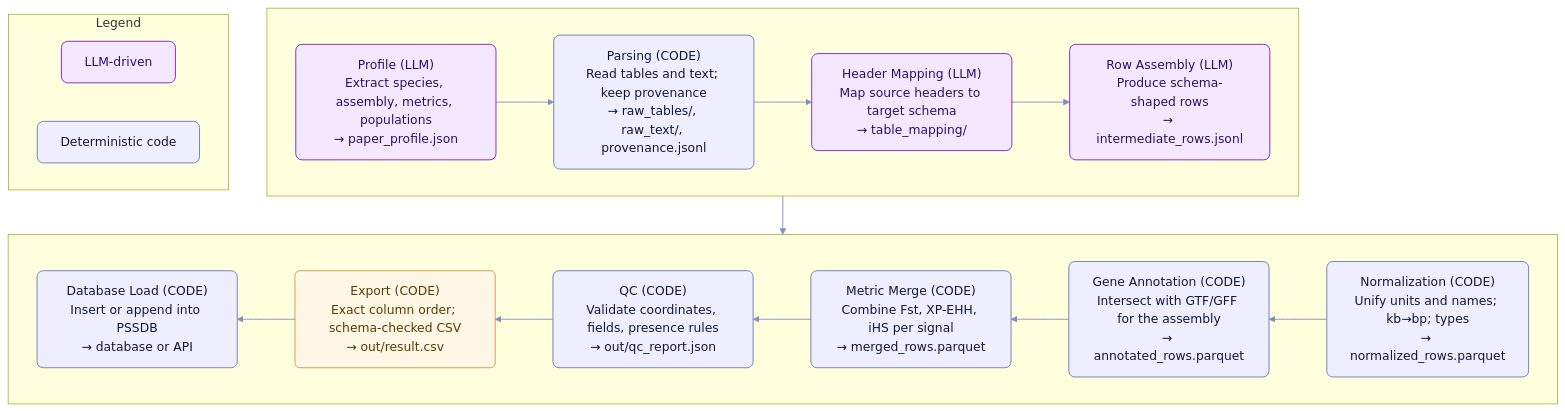
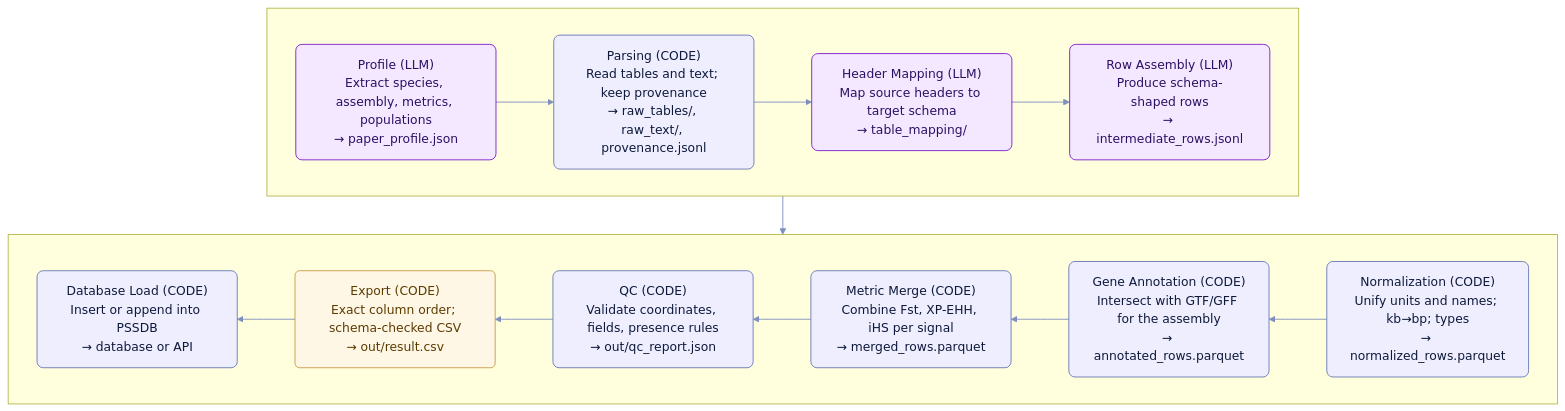
The diagram in README.md (avelurin/phhackathon_almaty), drawn with Mermaid before and after one commit.

````diff
--- a/README.md
+++ b/README.md
@@ -6,39 +6,34 @@
 ```mermaid
 flowchart TB
   %% Styles
   classDef llm fill:#f3e8ff,stroke:#7e22ce,stroke-width:1.2px,rx:8,ry:8,color:#2e1065;
   classDef code fill:#eef,stroke:#6b7bb6,stroke-width:1.2px,rx:8,ry:8,color:#0f1a3b;
   classDef out fill:#fff7e6,stroke:#c08a2d,rx:6,ry:6,color:#5c3b00;
   linkStyle default stroke:#7f8fbf,stroke-width:1.2px
 
   %% Top row (left → right)
   subgraph TOP[ ]
     direction LR
     A["Profile (LLM)<br/>Extract species, assembly, metrics, populations<br/>→ paper_profile.json"]:::llm
     B["Parsing (CODE)<br/>Read tables and text; keep provenance<br/>→ raw_tables/, raw_text/, provenance.jsonl"]:::code
     C["Header Mapping (LLM)<br/>Map source headers to target schema<br/>→ table_mapping/"]:::llm
     D["Row Assembly (LLM)<br/>Produce schema-shaped rows<br/>→ intermediate_rows.jsonl"]:::llm
   end
 
   %% Bottom row (right → left)
   subgraph BOTTOM[ ]
     direction RL
     E["Normalization (CODE)<br/>Unify units and names; kb→bp; types<br/>→ normalized_rows.parquet"]:::code
     F["Gene Annotation (CODE)<br/>Intersect with GTF/GFF for the assembly<br/>→ annotated_rows.parquet"]:::code
     G["Metric Merge (CODE)<br/>Combine Fst, XP-EHH, iHS per signal<br/>→ merged_rows.parquet"]:::code
     H["QC (CODE)<br/>Validate coordinates, fields, presence rules<br/>→ out/qc_report.json"]:::code
     I["Export (CODE)<br/>Exact column order; schema-checked CSV<br/>→ out/result.csv"]:::out
     J["Database Load (CODE)<br/>Insert or append into PSSDB<br/>→ database or API"]:::code
   end
 
   %% Flow connections forming an S
   A --> B --> C --> D --> E
   E --> F --> G --> H --> I --> J
 
-  %% Legend
-  subgraph LEGEND[Legend]
-    direction LR
-    L1["LLM-driven"]:::llm
-    L2["Deterministic code"]:::code
-  end
+
 ```
````
